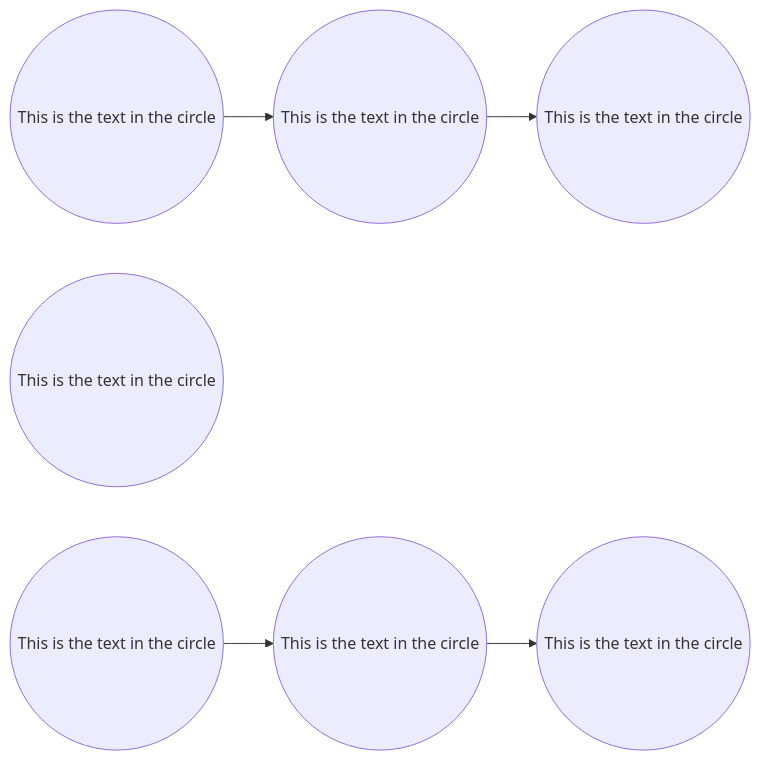
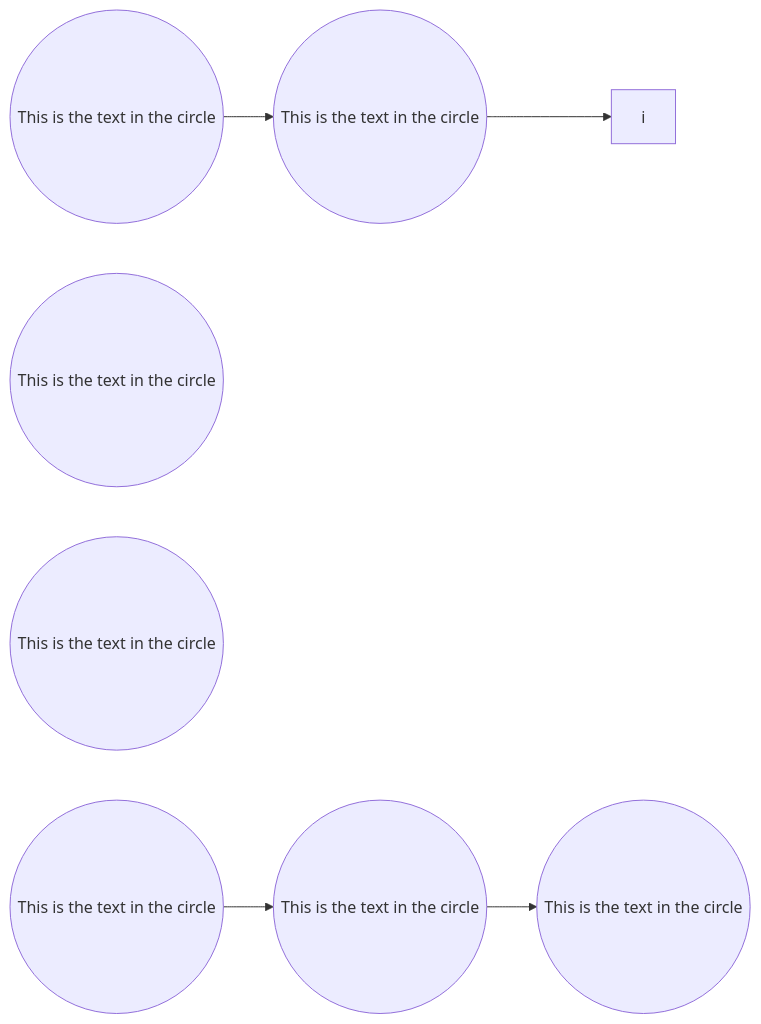
The second of 2 diagrams in slides.md (gerbssusd/dok), drawn with Mermaid before and after one commit.

````diff
--- a/slides.md
+++ b/slides.md
@@ -499,13 +499,13 @@
 ```mermaid {scale: .70}
 
 flowchart LR
     id1((This is the text in the circle)) -->
-    id2((This is the text in the circle)) --> 
+    id2((This is the text in the circle)) --> i
     id3((This is the text in the circle))
     id4((This is the text in the circle))
     id5((This is the text in the circle)) -->
     id6((This is the text in the circle)) -->
     id7((This is the text in the circle))
 
 
 ```
````
